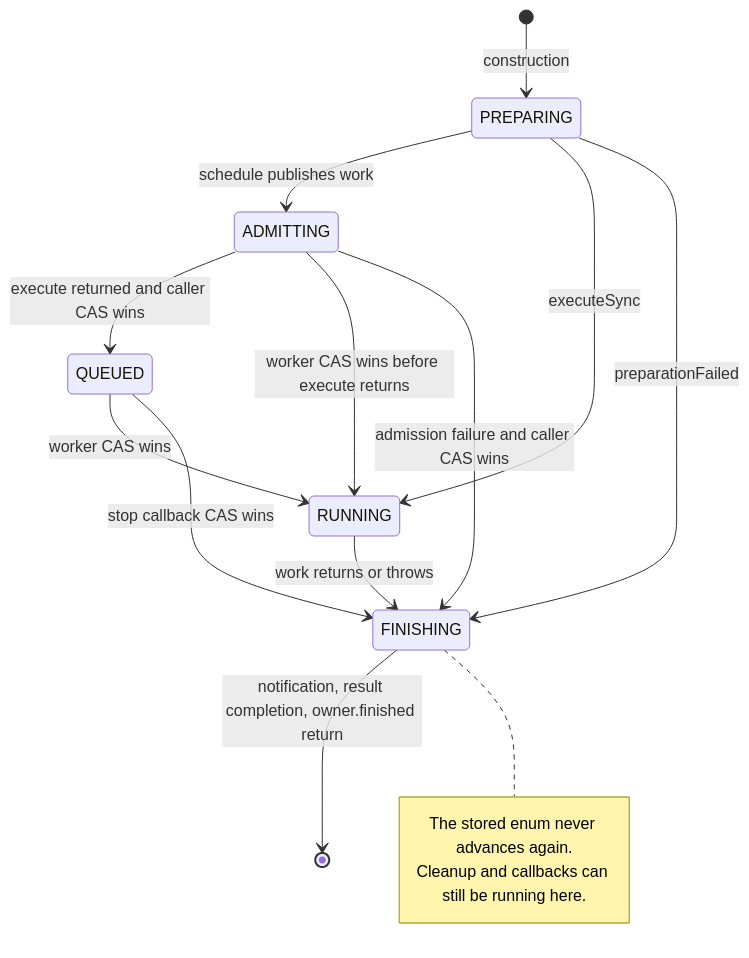
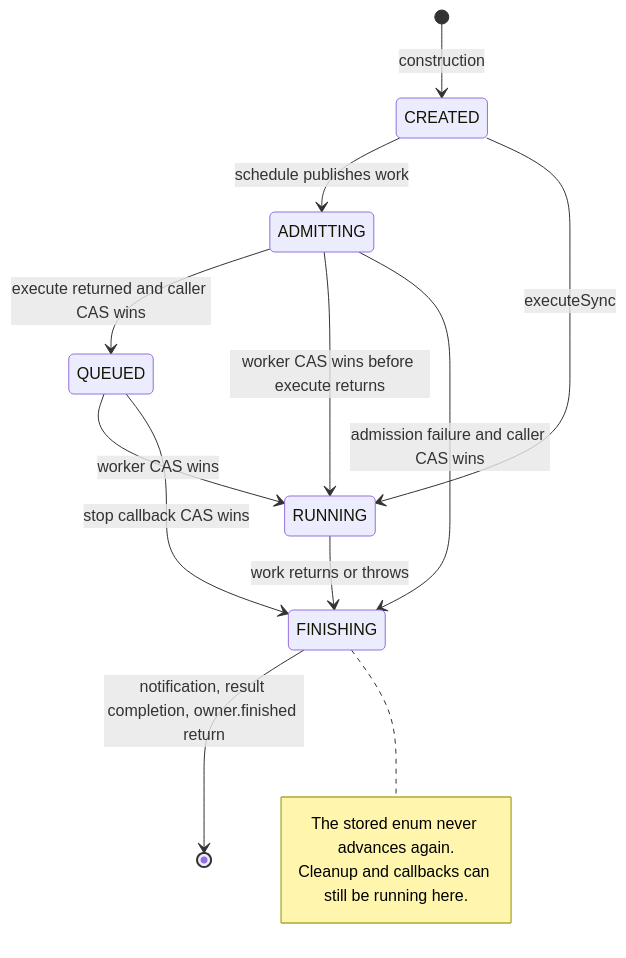
The first of 3 diagrams in docs/concurrency/01-send-operation.md (bbottema/simple-java-mail), drawn with Mermaid before and after one commit. The commit also changed other lines of this file and 26 other files, not shown here.

First line of the commit message:
docs(failover): describe architecture and verification (#755)

````diff
--- a/docs/concurrency/01-send-operation.md
+++ b/docs/concurrency/01-send-operation.md
@@ -23,18 +23,17 @@
 ```mermaid
 stateDiagram-v2
-    [*] --> PREPARING: construction
-    PREPARING --> ADMITTING: schedule publishes work
-    PREPARING --> RUNNING: executeSync
-    PREPARING --> FINISHING: preparationFailed
+    [*] --> CREATED: construction
+    CREATED --> ADMITTING: schedule publishes work
+    CREATED --> RUNNING: executeSync
     ADMITTING --> QUEUED: execute returned and caller CAS wins
     ADMITTING --> RUNNING: worker CAS wins before execute returns
     ADMITTING --> FINISHING: admission failure and caller CAS wins
     QUEUED --> RUNNING: worker CAS wins
     QUEUED --> FINISHING: stop callback CAS wins
     RUNNING --> FINISHING: work returns or throws
     FINISHING --> [*]: notification, result completion, owner.finished return
     note right of FINISHING
         The stored enum never advances again.
         Cleanup and callbacks can still be running here.
     end note
 ```
````
